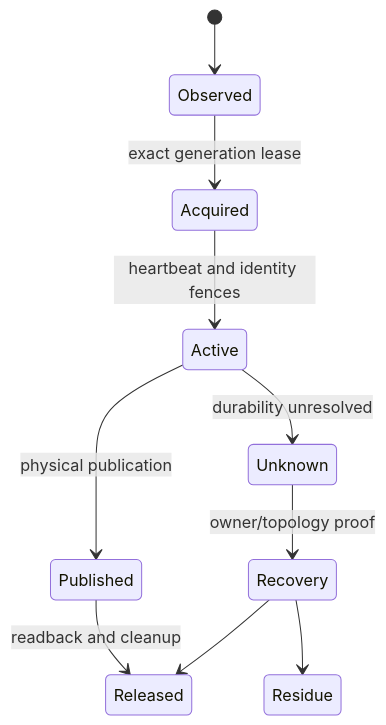
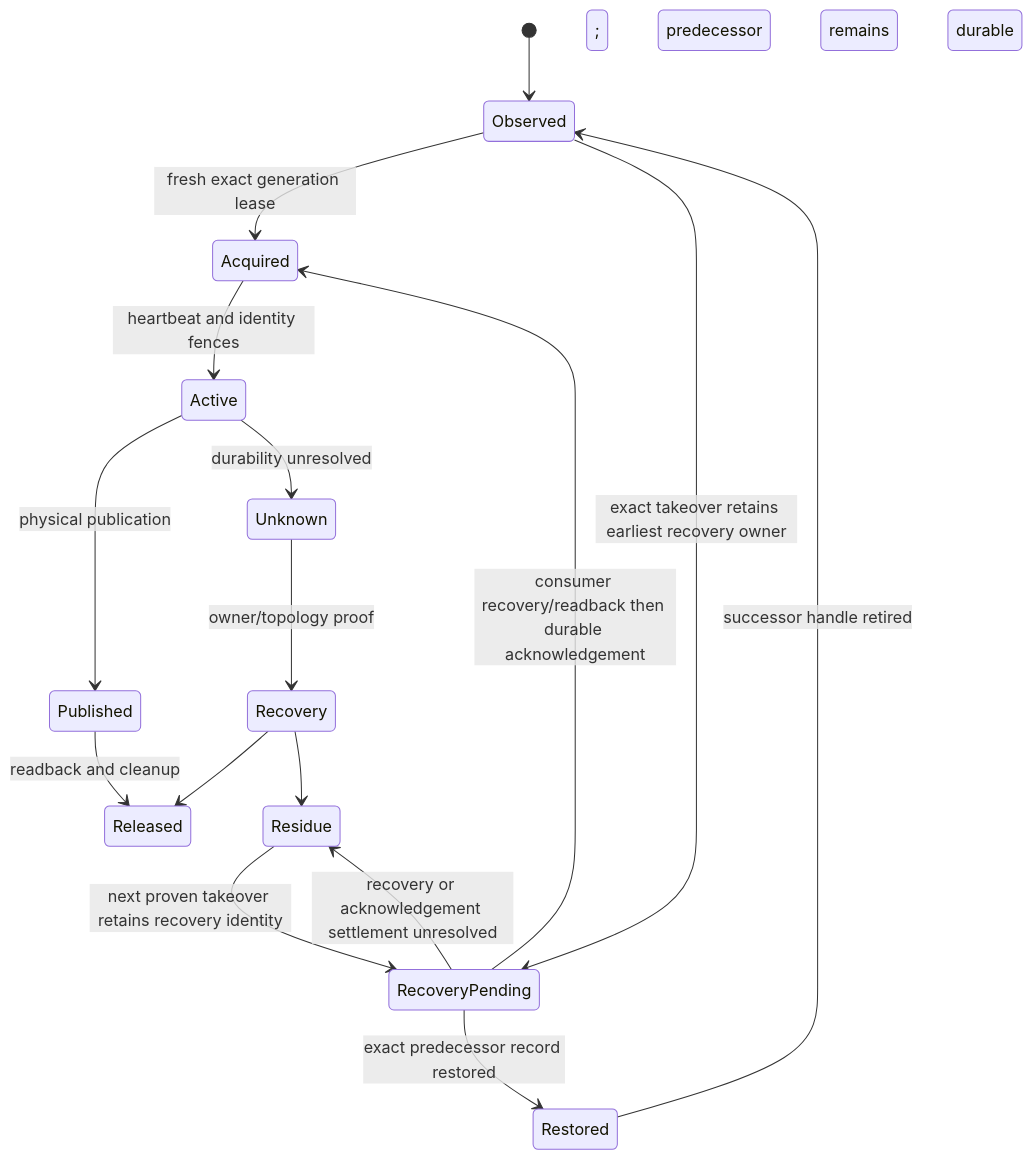
The fifth of 5 diagrams in docs/runtime-and-distribution.md (sec-platform/sec), drawn with Mermaid before and after one commit. The commit also changed other lines of this file and 419 other files, not shown here.

```diff
--- a/docs/runtime-and-distribution.md
+++ b/docs/runtime-and-distribution.md
@@ -206,12 +208,18 @@
 ~~~mermaid
 stateDiagram-v2
   [*] --> Observed
-  Observed --> Acquired: exact generation lease
+  Observed --> Acquired: fresh exact generation lease
+  Observed --> RecoveryPending: exact takeover retains earliest recovery owner
+  RecoveryPending --> Acquired: consumer recovery/readback then durable acknowledgement
+  RecoveryPending --> Restored: exact predecessor record restored
+  RecoveryPending --> Residue: recovery or acknowledgement settlement unresolved
+  Restored --> Observed: successor handle retired; predecessor remains durable
+  Residue --> RecoveryPending: next proven takeover retains recovery identity
   Acquired --> Active: heartbeat and identity fences
   Active --> Published: physical publication
   Active --> Unknown: durability unresolved
   Published --> Released: readback and cleanup
   Unknown --> Recovery: owner/topology proof
   Recovery --> Released
   Recovery --> Residue
 ~~~
```
